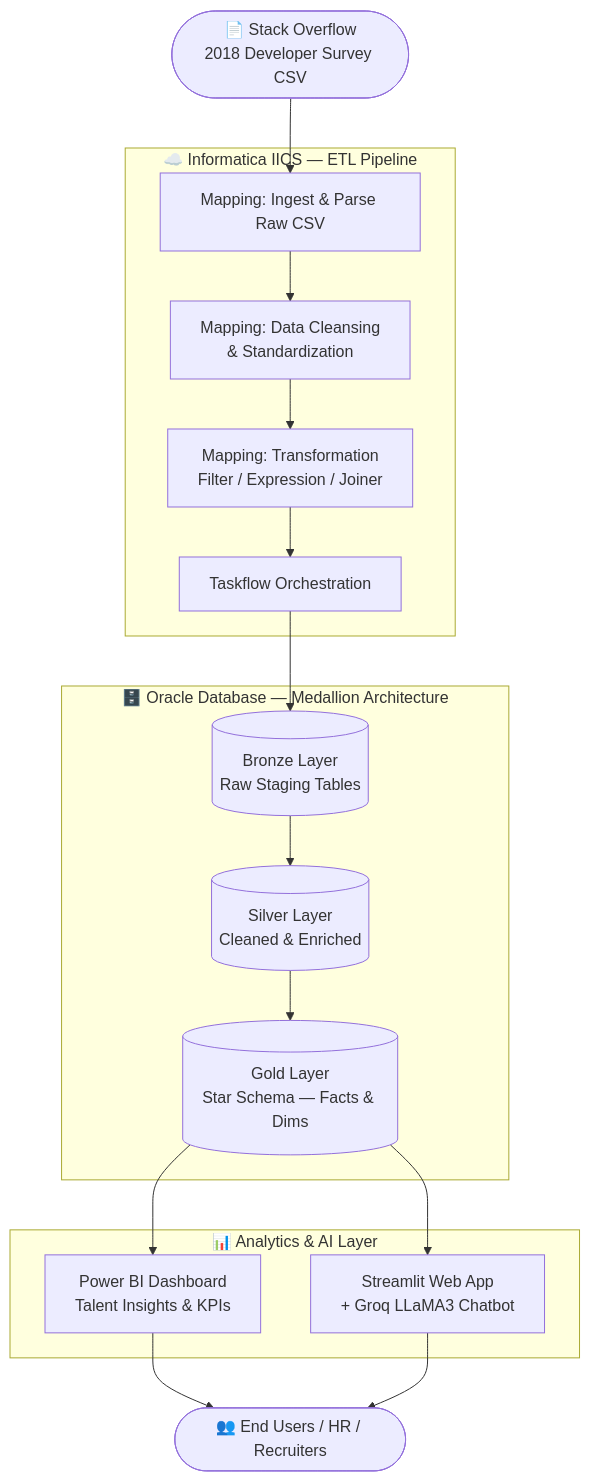
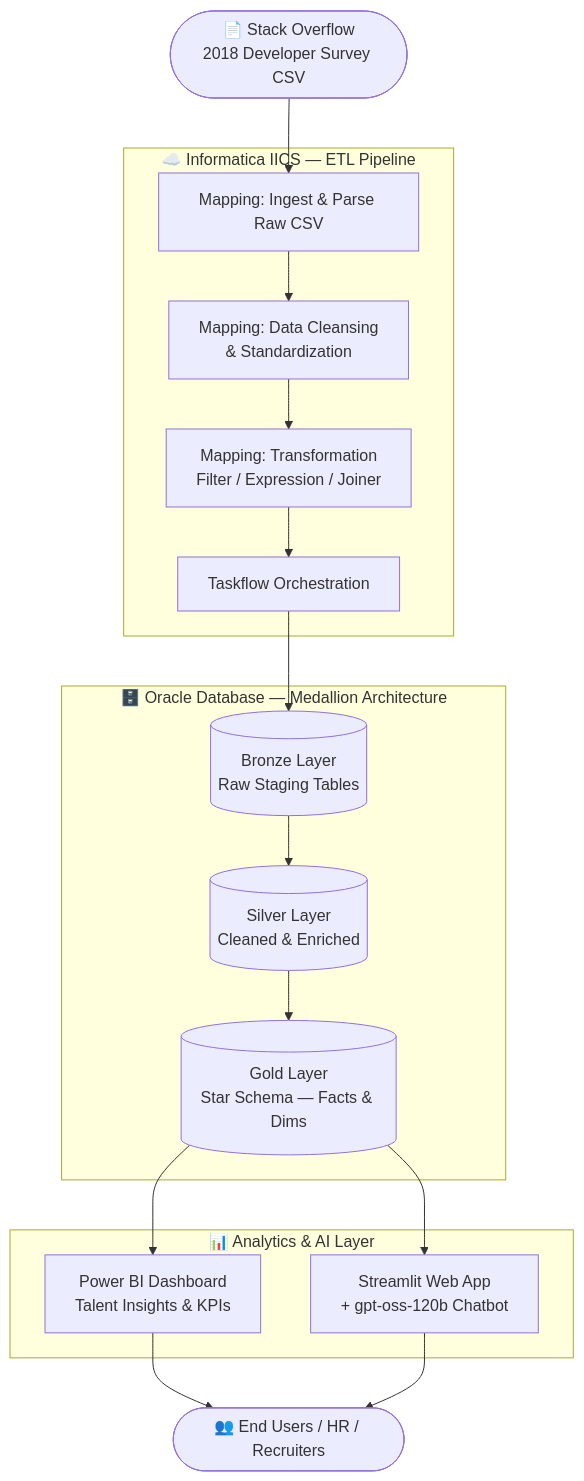
The diagram in README.md (suhanisrivastava89/StackPulse), drawn with Mermaid before and after one commit. The commit also changed other lines of this file, not shown here.

````diff
--- a/README.md
+++ b/README.md
@@ -16,24 +16,24 @@
 ```mermaid
 flowchart TD
     A([📄 Stack Overflow\n2018 Developer Survey CSV]) --> B
 
     subgraph IICS ["☁️ Informatica IICS — ETL Pipeline"]
         B[Mapping: Ingest & Parse Raw CSV] --> C[Mapping: Data Cleansing\n& Standardization]
         C --> D[Mapping: Transformation\nFilter / Expression / Joiner]
         D --> E[Taskflow Orchestration]
     end
 
     subgraph ORACLE ["🗄️ Oracle Database — Medallion Architecture"]
         E --> F[(Bronze Layer\nRaw Staging Tables)]
         F --> G[(Silver Layer\nCleaned & Enriched)]
         G --> H[(Gold Layer\nStar Schema — Facts & Dims)]
     end
 
     subgraph ANALYTICS ["📊 Analytics & AI Layer"]
         H --> I[Power BI Dashboard\nTalent Insights & KPIs]
-        H --> J[Streamlit Web App\n+ Groq LLaMA3 Chatbot]
+        H --> J[Streamlit Web App\n+ gpt-oss-120b Chatbot]
     end
 
     I --> K([👥 End Users / HR / Recruiters])
     J --> K
 ```
````
